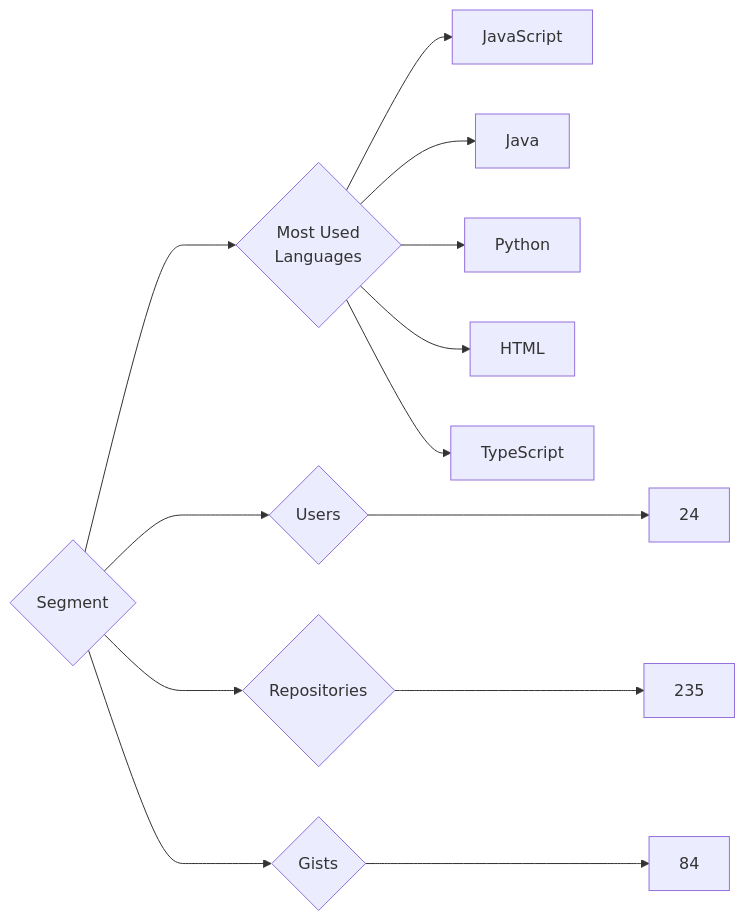
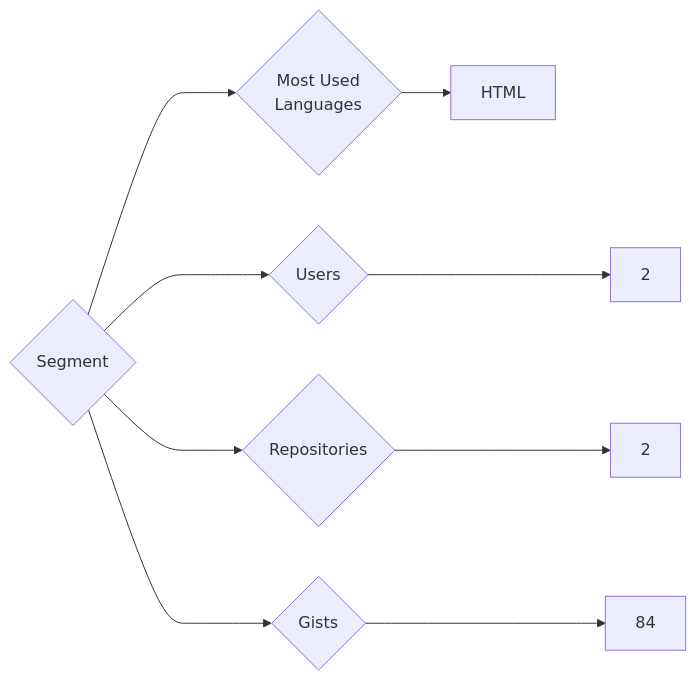
One commit to trickest/insiders changed the diagram in targets/Segment/README.md. Above: the diagram before and after it, drawn with Mermaid. The commit also changed 953 other files, not shown here.

````diff
--- a/targets/Segment/README.md
+++ b/targets/Segment/README.md
@@ -3,13 +3,9 @@
 ```mermaid
 graph LR
 COMPANY_NAME{Segment}
-COMPANY_NAME ---> U{Users} ---> UN[24]
-COMPANY_NAME ---> R{Repositories} ---> RN[235]
+COMPANY_NAME ---> U{Users} ---> UN[2]
+COMPANY_NAME ---> R{Repositories} ---> RN[2]
 COMPANY_NAME ---> G{Gists} ---> GN[84]
 COMPANY_NAME ---> ML{Most Used<br>Languages}
-ML --> JavaScript[JavaScript]
-ML --> Java[Java]
-ML --> Python[Python]
 ML --> HTML[HTML]
-ML --> TypeScript[TypeScript]
 ```
````
